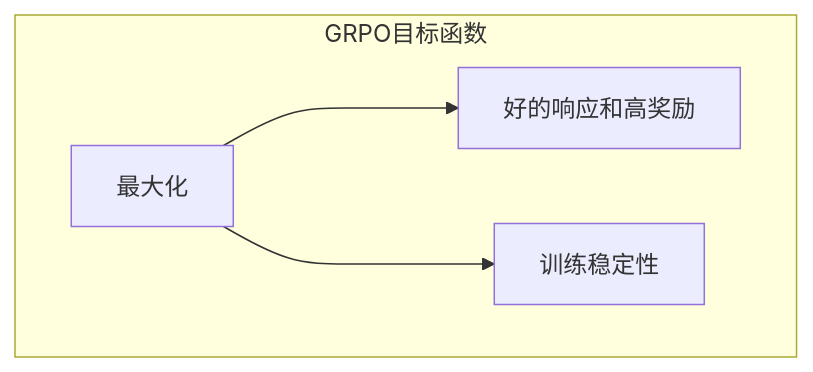
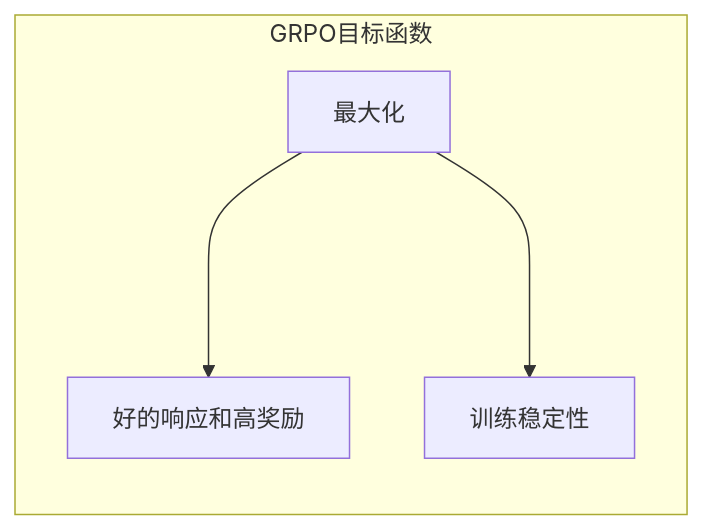
The sixth of 32 diagrams in README.md (confucianzuoyuan/rl-tutorial), drawn with Mermaid before and after one commit. The commit also changed other lines of this file and 1 other file, not shown here.

````diff
--- a/README.md
+++ b/README.md
@@ -3933,7 +3974,7 @@
 ```mermaid
-graph TD
+graph LR
     subgraph subA[GRPO目标函数]
     A[最大化] ---> B[好的响应和高奖励]
     A ---> C[训练稳定性]
     end
 ```
````
